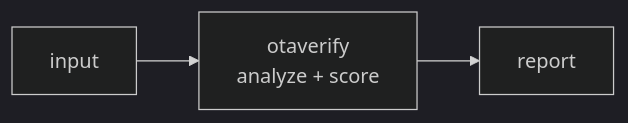
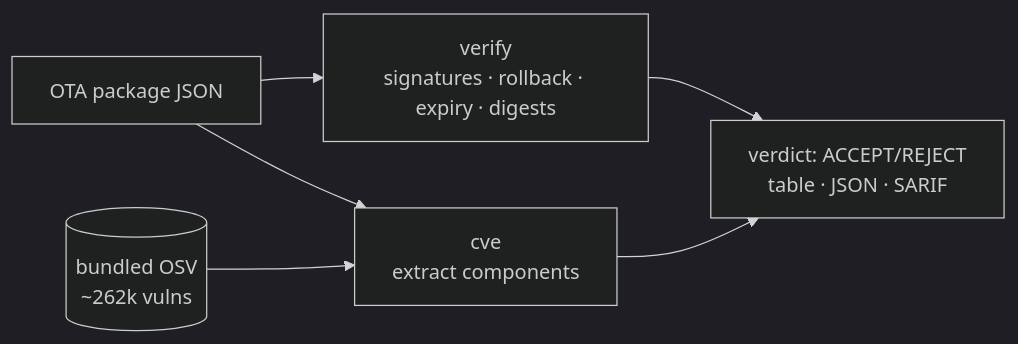
Before and after one commit to cognis-digital/otaverify: the diagram in README.md, drawn with Mermaid (dark theme). The commit also changed other lines of this file and 26 other files, not shown here.

````diff
--- a/README.md
+++ b/README.md
@@ -141,5 +265,8 @@
 ```mermaid
 flowchart LR
-  IN[input] --> P[otaverify<br/>analyze + score]
-  P --> OUT[report]
+  PKG[OTA package JSON] --> V[verify<br/>signatures · rollback · expiry · digests]
+  PKG --> C[cve<br/>extract components]
+  DB[(bundled OSV<br/>~262k vulns)] --> C
+  V --> OUT[verdict: ACCEPT/REJECT<br/>table · JSON · SARIF]
+  C --> OUT
 ```
````
